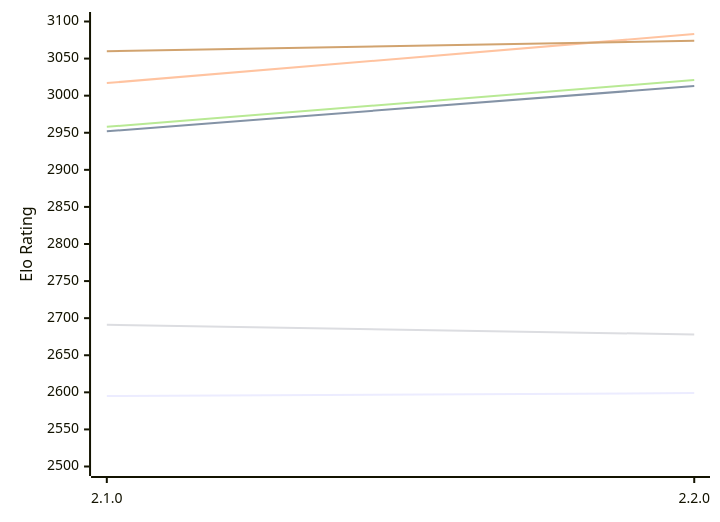
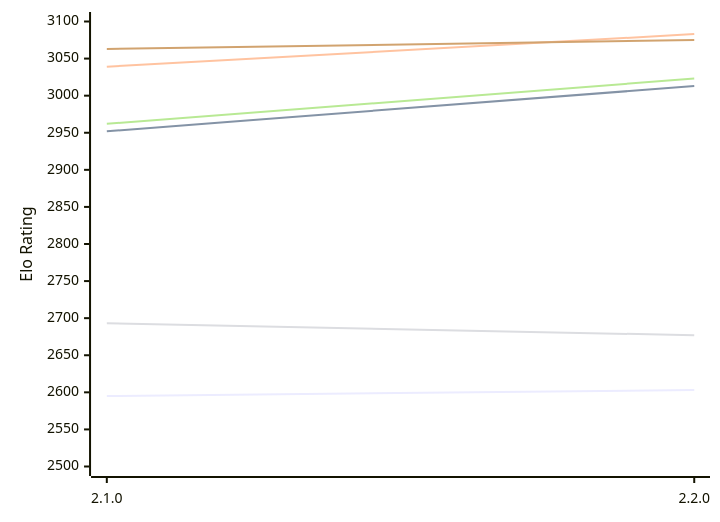
The first of 2 diagrams in engines/Aspen.md (computer-chess-index/cci), drawn with Mermaid before and after one commit. The commit also changed other lines of this file, not shown here.

Commit message:
Update CCI Ratings (ELO VLTC) - 2026-11-24

````diff
--- a/engines/Aspen.md
+++ b/engines/Aspen.md
@@ -52,12 +52,12 @@
 ```mermaid
 %%{init: {"theme":"base","themeVariables":{"seriesColors:['#a3a3a3','#222221','#faa371']}}}%%
 xychart-beta
   x-axis ["2.1.0", "2.2.0"]
   y-axis "Elo Rating" 2500 --> 3100
-  line "E1: STC (8.0+0.08s)" [2595, 2599]
+  line "E1: STC (8.0+0.08s)" [2595, 2603]
   line "E1: LTC (60.0+0.60s)" [2952, 3013]
-  line "E1: VLTC (2m24s+1.12s)" [3017, 3083]
-  line "P1: STC (8.0+0.08s)" [2691, 2678]
-  line "P1: LTC (60.0+0.60s)" [2958, 3021]
-  line "P1: VLTC (2m24s+1.12s)" [3060, 3074]
+  line "E1: VLTC (2m24s+1.12s)" [3039, 3083]
+  line "P1: STC (8.0+0.08s)" [2693, 2677]
+  line "P1: LTC (60.0+0.60s)" [2962, 3023]
+  line "P1: VLTC (2m24s+1.12s)" [3063, 3075]
 ```
````
